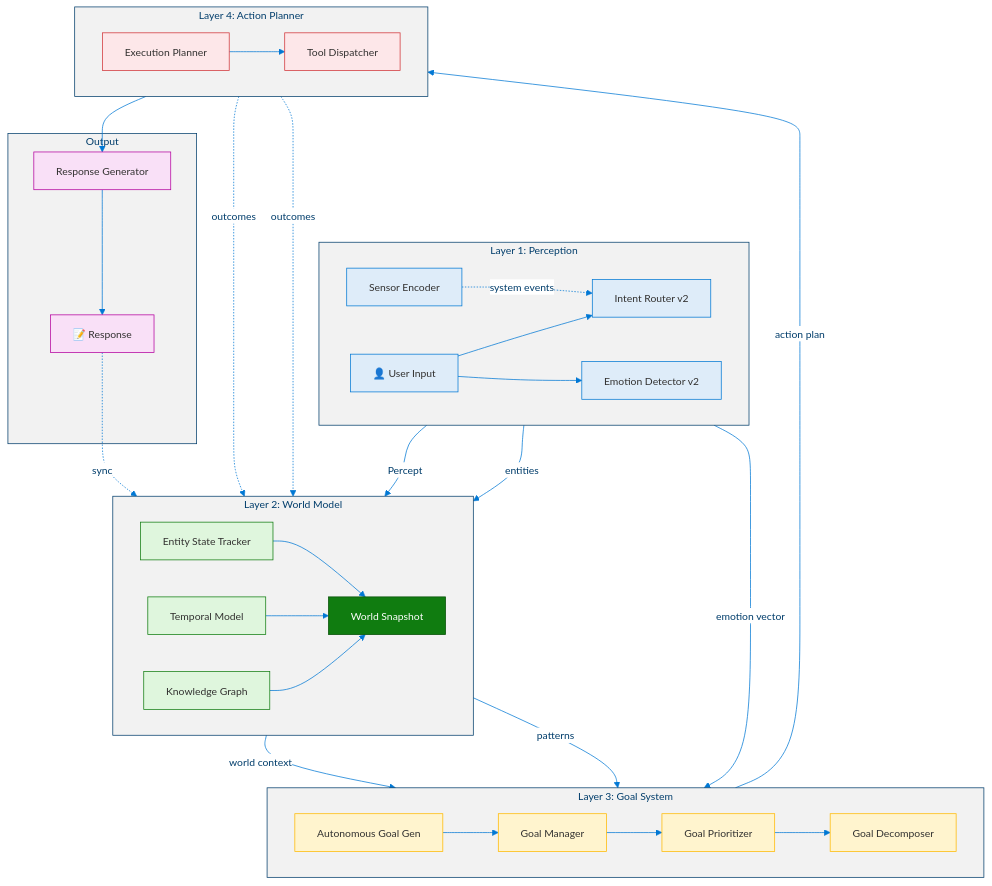
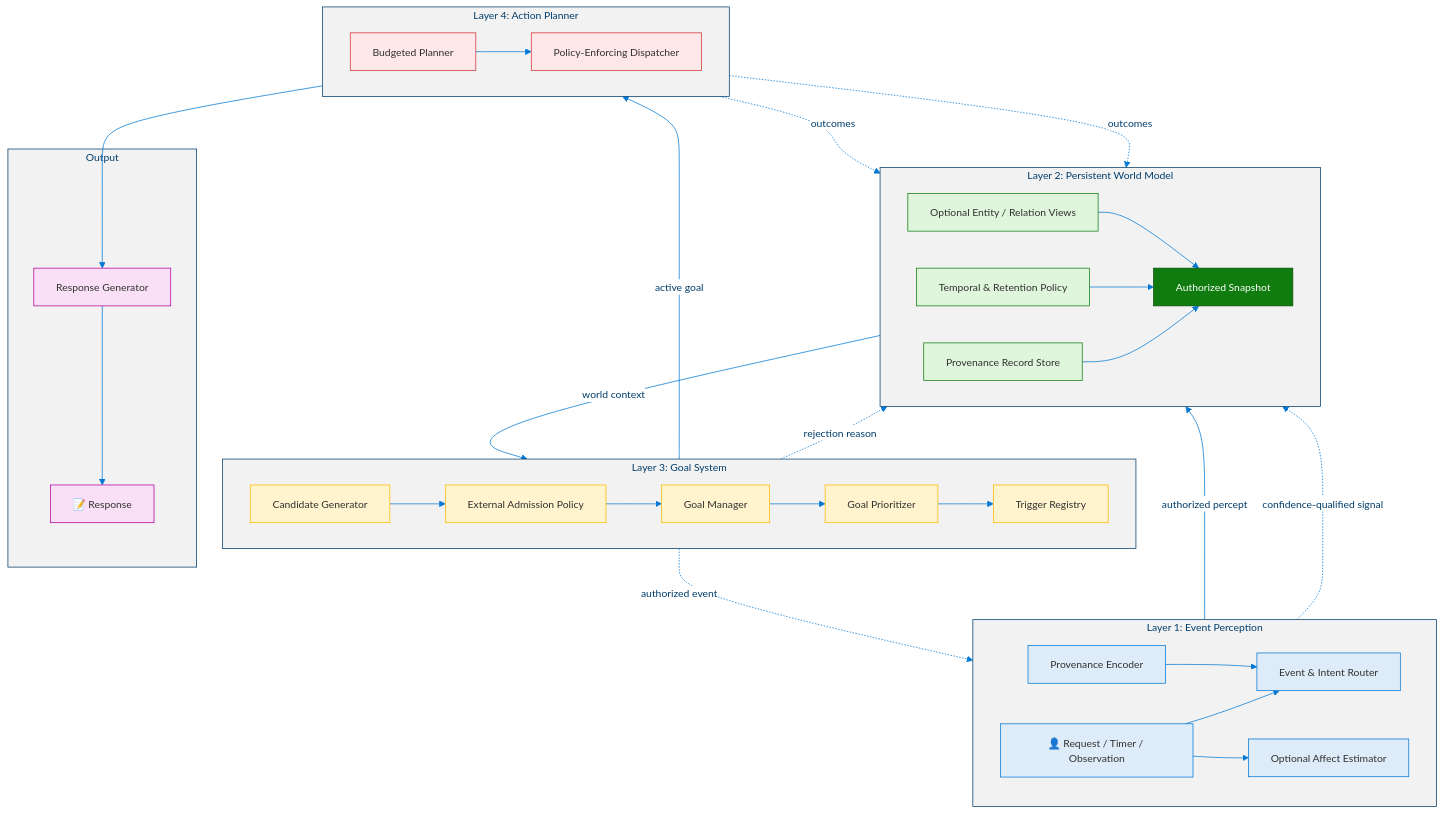
Before and after one commit to dotnetpower/mscp: the second of 8 diagrams in docs/levels/Level_2_Autonomous_Agent.md, drawn with Mermaid. The commit also changed other lines of this file and 21 other files, not shown here.

````diff
--- a/docs/levels/Level_2_Autonomous_Agent.md
+++ b/docs/levels/Level_2_Autonomous_Agent.md
@@ -298,68 +341,68 @@
 ```mermaid
 %%{init: {'theme': 'base', 'themeVariables': {'primaryColor': '#0078D4', 'primaryTextColor': '#003D6B', 'primaryBorderColor': '#003D6B', 'secondaryColor': '#50E6FF', 'secondaryTextColor': '#323130', 'secondaryBorderColor': '#00BCF2', 'tertiaryColor': '#F2F2F2', 'tertiaryTextColor': '#323130', 'lineColor': '#0078D4', 'textColor': '#323130', 'mainBkg': '#DEECF9', 'nodeBorder': '#0078D4', 'clusterBkg': '#F2F2F2', 'clusterBorder': '#003D6B', 'titleColor': '#003D6B', 'edgeLabelBackground': '#FFFFFF', 'fontSize': '14px'}}}%%
 flowchart TD
   classDef perceptionLight fill:#DEECF9,stroke:#0078D4,color:#323130
   classDef worldLight fill:#DFF6DD,stroke:#107C10,color:#323130
   classDef worldAccent fill:#107C10,stroke:#085108,color:#FFF
   classDef goalLight fill:#FFF4CE,stroke:#FFB900,color:#323130
   classDef actionLight fill:#FDE7E9,stroke:#D13438,color:#323130
   classDef outputLight fill:#F9E0F7,stroke:#B4009E,color:#323130
   classDef feedback fill:#F2F2F2,stroke:#8A8886,color:#323130
 
-  subgraph Perception["Layer 1: Perception"]
+  subgraph Perception["Layer 1: Event Perception"]
     direction LR
-    UserInput["👤 User Input"]:::perceptionLight
-    IRv2["Intent Router v2"]:::perceptionLight
-    EDv2["Emotion Detector v2"]:::perceptionLight
-    SEn["Sensor Encoder"]:::perceptionLight
+    UserInput["👤 Request / Timer / Observation"]:::perceptionLight
+    IRv2["Event & Intent Router"]:::perceptionLight
+    EDv2["Optional Affect Estimator"]:::perceptionLight
+    SEn["Provenance Encoder"]:::perceptionLight
     UserInput --> IRv2
     UserInput --> EDv2
-    SEn -.->|system events| IRv2
+    SEn --> IRv2
   end
 
-  subgraph WorldModel["Layer 2: World Model"]
+  subgraph WorldModel["Layer 2: Persistent World Model"]
     direction LR
-    EST["Entity State Tracker"]:::worldLight
-    TML["Temporal Model"]:::worldLight
-    KG["Knowledge Graph"]:::worldLight
-    WS["World Snapshot"]:::worldAccent
+    EST["Optional Entity / Relation Views"]:::worldLight
+    TML["Temporal & Retention Policy"]:::worldLight
+    KG["Provenance Record Store"]:::worldLight
+    WS["Authorized Snapshot"]:::worldAccent
     EST --> WS
     TML --> WS
     KG --> WS
   end
 
   subgraph GoalSystem["Layer 3: Goal System"]
     direction LR
-    AGG["Autonomous Goal Gen"]:::goalLight
+    AGG["Candidate Generator"]:::goalLight
+    ADM["External Admission Policy"]:::goalLight
     GMgr["Goal Manager"]:::goalLight
     GP["Goal Prioritizer"]:::goalLight
-    GD["Goal Decomposer"]:::goalLight
-    AGG --> GMgr
+    GD["Trigger Registry"]:::goalLight
+    AGG --> ADM --> GMgr
     GMgr --> GP --> GD
   end
 
   subgraph ActionPlanner["Layer 4: Action Planner"]
     direction LR
-    EP["Execution Planner"]:::actionLight
-    TD["Tool Dispatcher"]:::actionLight
+    EP["Budgeted Planner"]:::actionLight
+    TD["Policy-Enforcing Dispatcher"]:::actionLight
   end
 
   subgraph Response["Output"]
     RG["Response Generator"]:::outputLight
     OUT["📝 Response"]:::outputLight
   end
 
-  IRv2 -->|Percept| EST
-  IRv2 -->|entities| EST
-  EDv2 -->|emotion vector| GP
+  IRv2 -->|authorized percept| KG
+  EDv2 -.->|confidence-qualified signal| WS
   WS -->|world context| AGG
-  WS -->|patterns| AGG
-  GD -->|action plan| EP
+  GP -->|active goal| EP
+  GD -.->|authorized event| IRv2
   EP --> TD
   TD --> RG
   RG --> OUT
 
-  TD -.->|outcomes| EST
+  TD -.->|outcomes| KG
   TD -.->|outcomes| TML
-  OUT -.->|sync| KG
+  ADM -.->|rejection reason| KG
 ```
````
